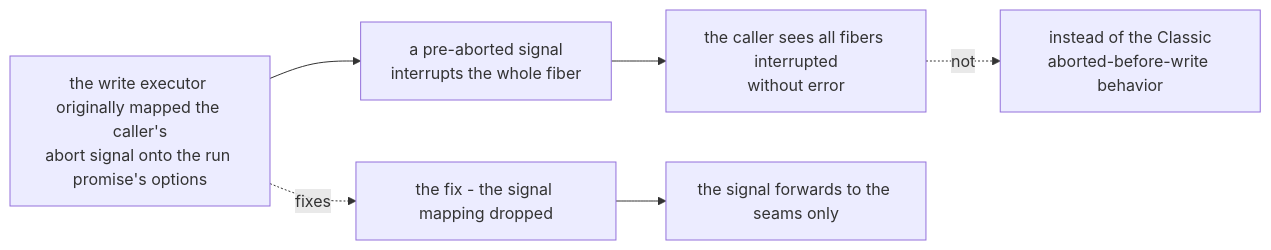
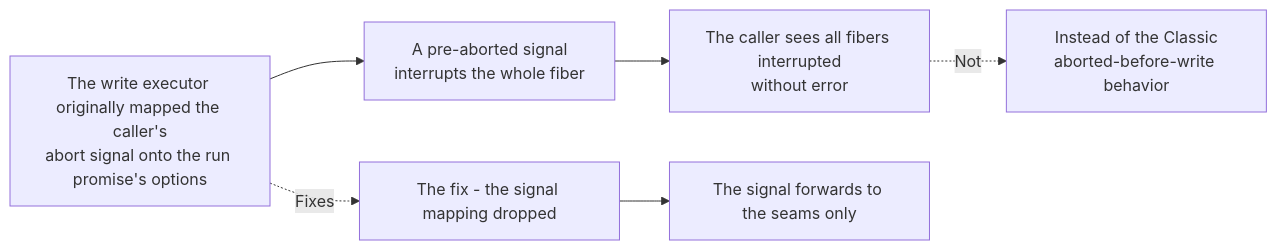
The diagram in Source/Content/Mermaid/case-p5-abort.mmd (PlayForm/Site-DeepSeek), drawn with Mermaid before and after one commit. The commit also changed 174 other files, not shown here.

```diff
--- a/Source/Content/Mermaid/case-p5-abort.mmd
+++ b/Source/Content/Mermaid/case-p5-abort.mmd
@@ -1,10 +1,10 @@
 flowchart LR
-	EXEC["the write executor originally mapped the caller's<br/>abort signal onto the run promise's options"]
-	PRE["a pre-aborted signal<br/>interrupts the whole fiber"]
-	SEEN["the caller sees all fibers interrupted<br/>without error"]
-	EXPECT["instead of the Classic<br/>aborted-before-write behavior"]
-	FIX["the fix - the signal mapping dropped"]
-	SEAMS["the signal forwards to the seams only"]
+	EXEC["The write executor originally mapped the caller's<br/>abort signal onto the run promise's options"]
+	PRE["A pre-aborted signal<br/>interrupts the whole fiber"]
+	SEEN["The caller sees all fibers interrupted<br/>without error"]
+	EXPECT["Instead of the Classic<br/>aborted-before-write behavior"]
+	FIX["The fix - the signal mapping dropped"]
+	SEAMS["The signal forwards to the seams only"]
 	EXEC --> PRE --> SEEN
-	SEEN -. "not" .-> EXPECT
-	EXEC -. "fixes" .-> FIX --> SEAMS
+	SEEN -. "Not" .-> EXPECT
+	EXEC -. "Fixes" .-> FIX --> SEAMS
```
